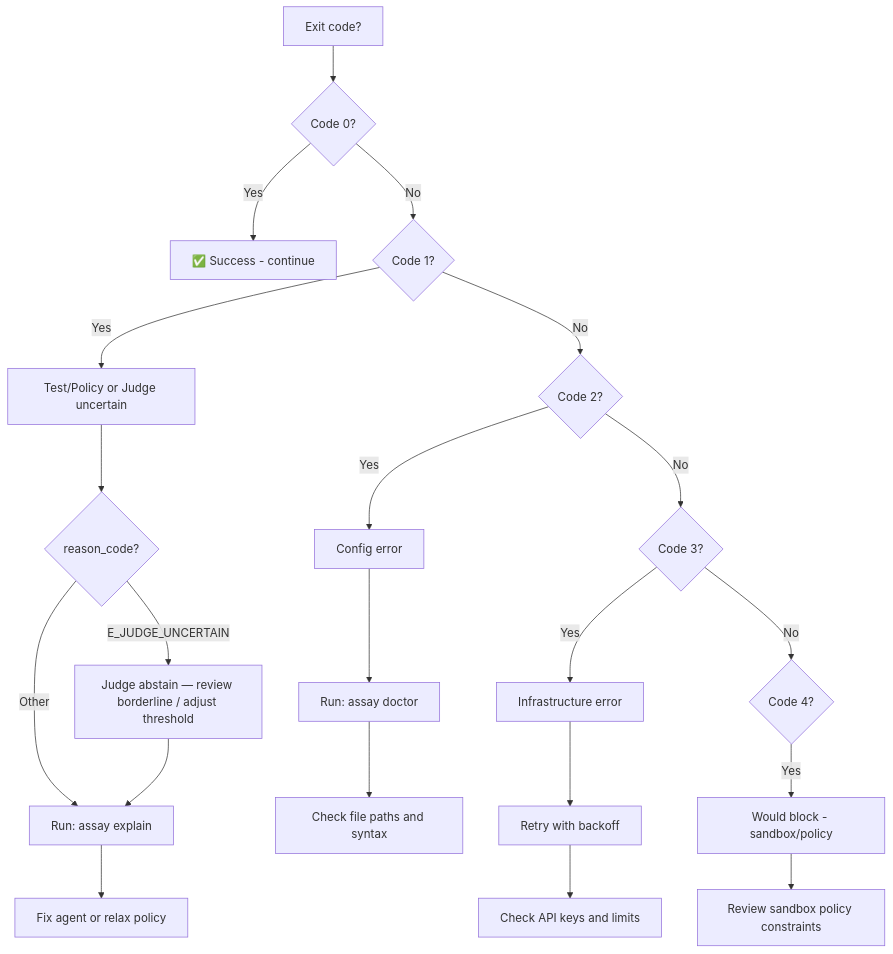
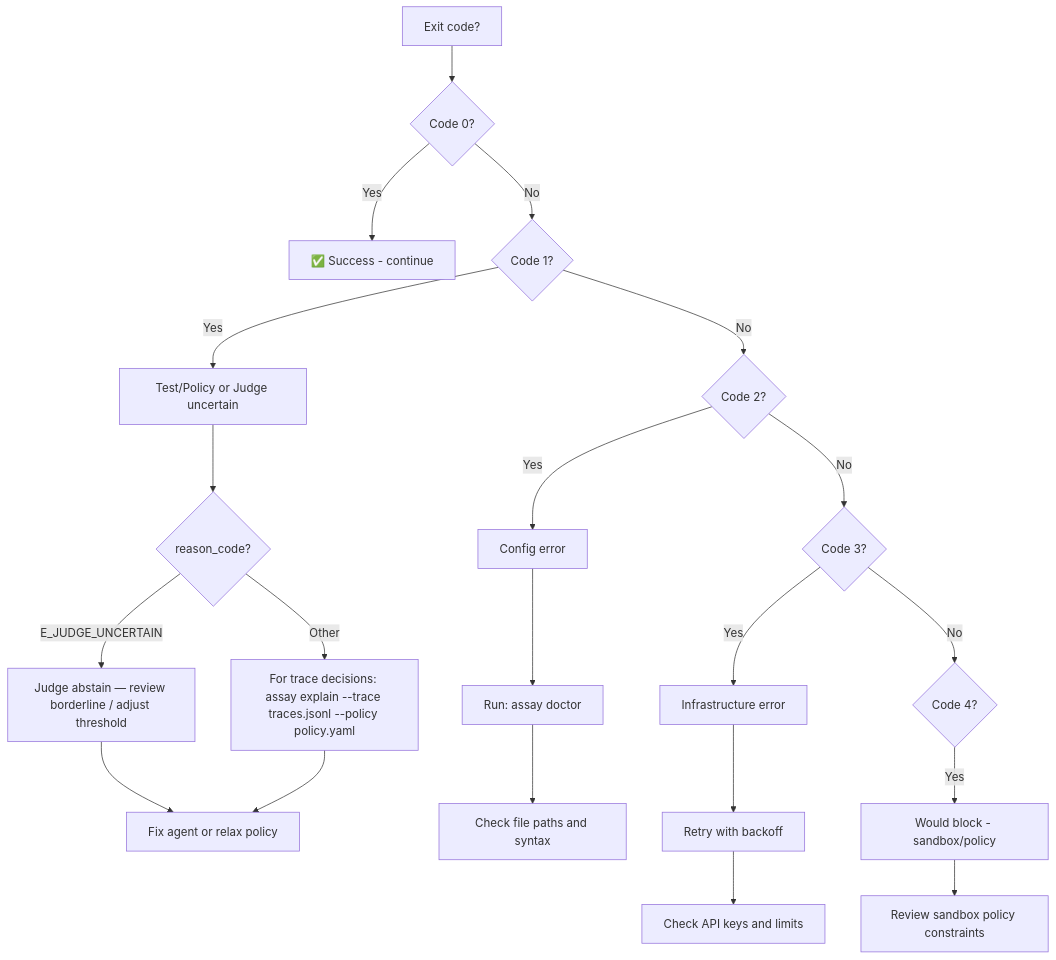
The second of 7 diagrams in docs/AIcontext/decision-trees.md (Rul1an/assay), drawn with Mermaid before and after one commit. The commit also changed other lines of this file and 3 other files, not shown here.

Commit message:
docs(agent): align entrypoint authority and explain recovery

````diff
--- a/docs/AIcontext/decision-trees.md
+++ b/docs/AIcontext/decision-trees.md
@@ -38,27 +45,27 @@
 ```mermaid
 flowchart TD
     EXIT[Exit code?] --> E0{Code 0?}
     E0 -->|Yes| SUCCESS[✅ Success - continue]
 
     E0 -->|No| E1{Code 1?}
     E1 -->|Yes| TEST_FAIL[Test/Policy or Judge uncertain]
     TEST_FAIL --> REASON{reason_code?}
     REASON -->|E_JUDGE_UNCERTAIN| JUDGE_ABSTAIN[Judge abstain — review borderline / adjust threshold]
-    REASON -->|Other| EXPLAIN[Run: assay explain]
-    JUDGE_ABSTAIN --> EXPLAIN
+    REASON -->|Other| EXPLAIN[For trace decisions: assay explain --trace traces.jsonl --policy policy.yaml]
+    JUDGE_ABSTAIN --> FIX_AGENT
     EXPLAIN --> FIX_AGENT[Fix agent or relax policy]
 
     E1 -->|No| E2{Code 2?}
     E2 -->|Yes| CONFIG[Config error]
     CONFIG --> DOCTOR[Run: assay doctor]
     DOCTOR --> CHECK_FILES[Check file paths and syntax]
 
     E2 -->|No| E3{Code 3?}
     E3 -->|Yes| INFRA[Infrastructure error]
     INFRA --> RETRY[Retry with backoff]
     RETRY --> CHECK_API[Check API keys and limits]
 
     E3 -->|No| E4{Code 4?}
     E4 -->|Yes| BLOCKED[Would block - sandbox/policy]
     BLOCKED --> REVIEW_POLICY[Review sandbox policy constraints]
 ```
````
